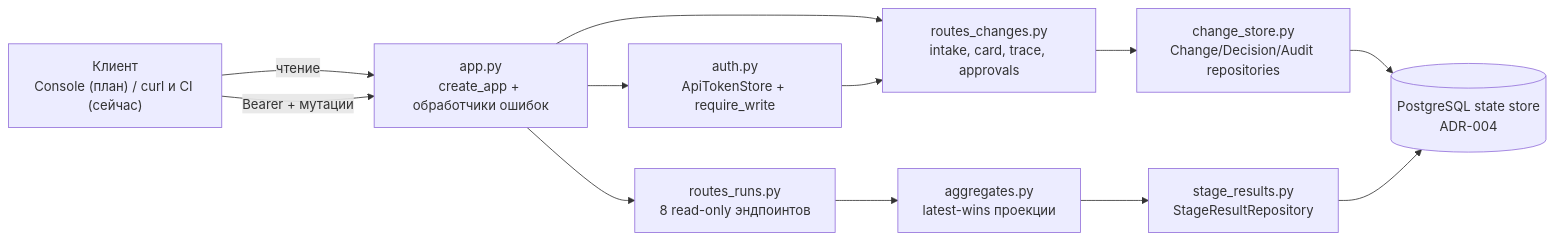
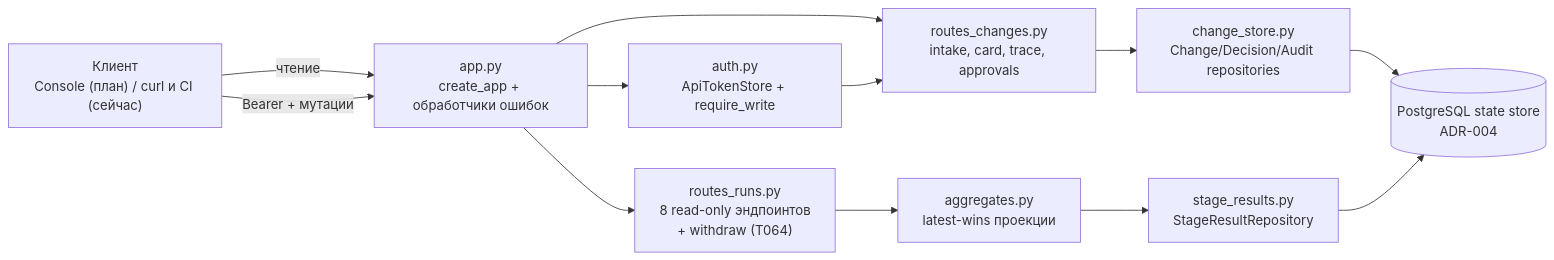
One commit to vadagama/dark-factory-mvp changed the first of 3 diagrams in docs/descriptions/api.md. Above: the diagram before and after it, drawn with Mermaid. The commit also changed other lines of this file and 14 other files, not shown here.

````diff
--- a/docs/descriptions/api.md
+++ b/docs/descriptions/api.md
@@ -29,14 +29,14 @@
 ```mermaid
 flowchart LR
     CLIENT["Клиент\nConsole (план) / curl и CI (сейчас)"] -->|"чтение"| APP["app.py\ncreate_app + обработчики ошибок"]
     CLIENT -->|"Bearer + мутации"| APP
     APP --> AUTH["auth.py\nApiTokenStore + require_write"]
-    APP --> RUNS["routes_runs.py\n8 read-only эндпоинтов"]
+    APP --> RUNS["routes_runs.py\n8 read-only эндпоинтов\n+ withdraw (T064)"]
     APP --> CHANGES["routes_changes.py\nintake, card, trace, approvals"]
     AUTH --> CHANGES
     RUNS --> AGG["aggregates.py\nlatest-wins проекции"]
     CHANGES --> REPOS["change_store.py\nChange/Decision/Audit repositories"]
     AGG --> SRES["stage_results.py\nStageResultRepository"]
     REPOS --> PG[("PostgreSQL state store\nADR-004")]
     SRES --> PG
 ```
````
